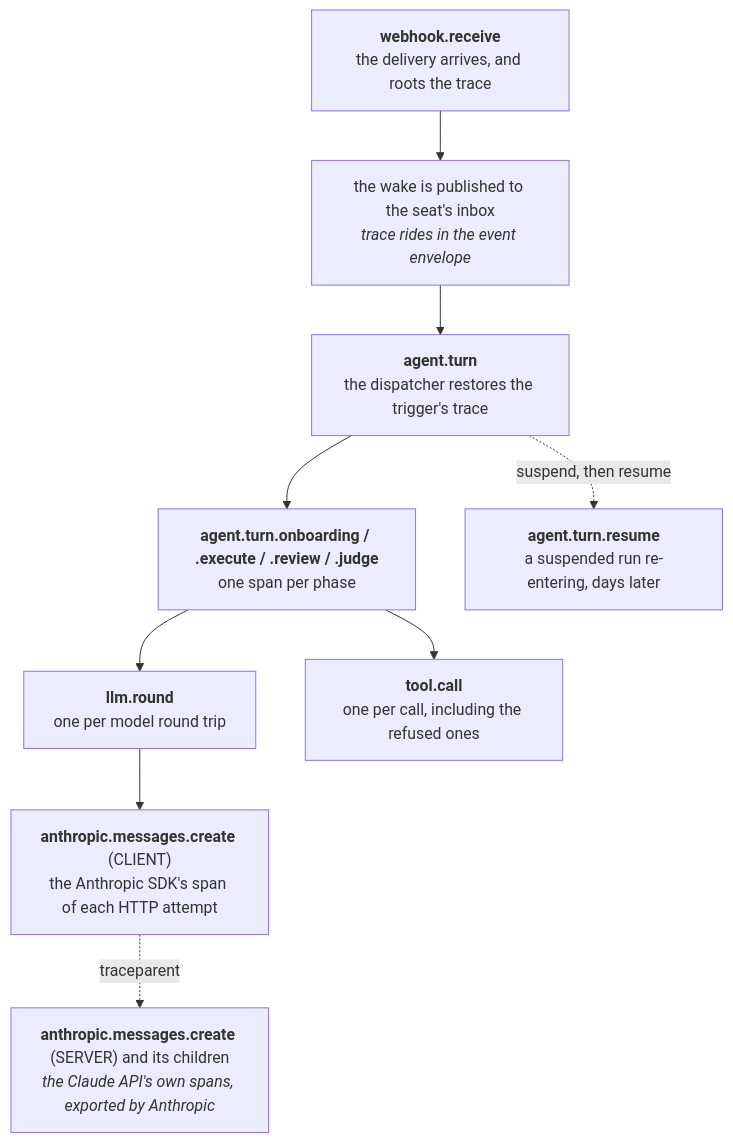
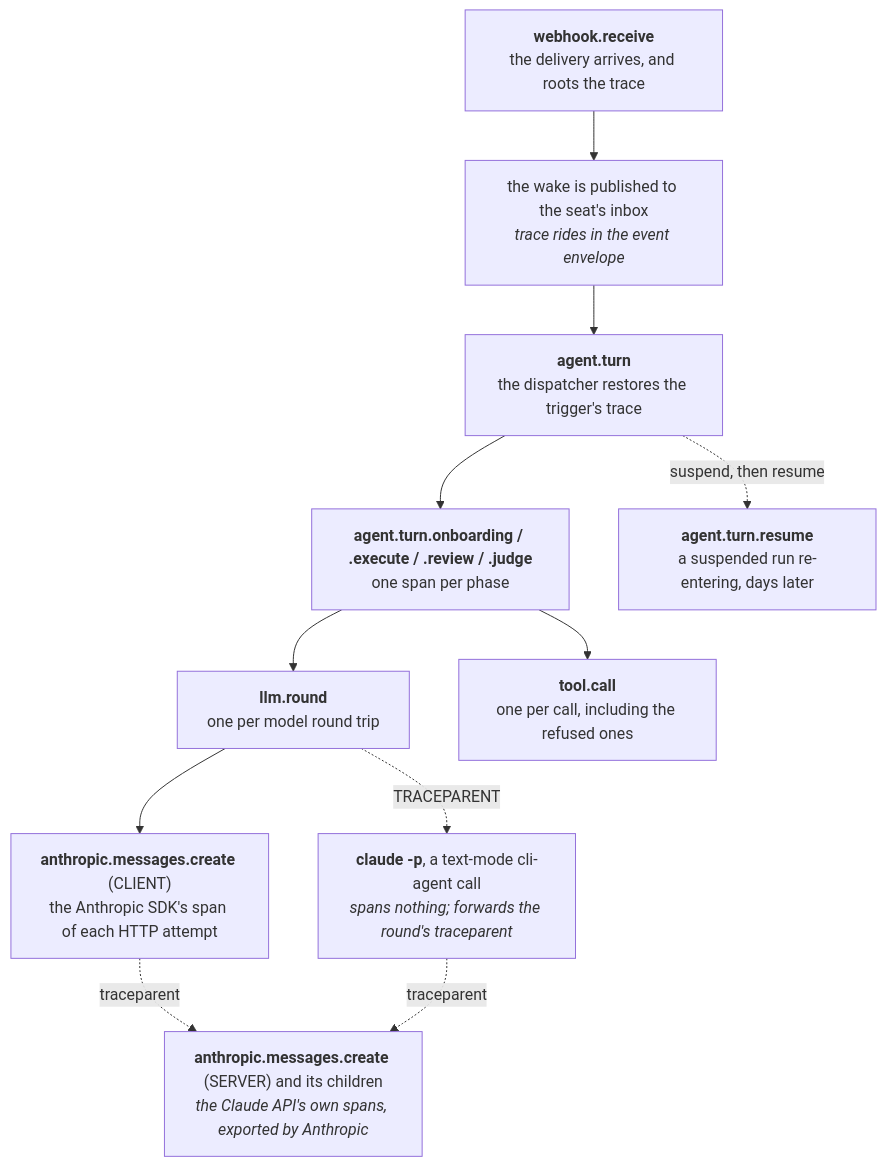
Before and after one commit to crewlet/crewlet: the diagram in docs/guides/deployment.md, drawn with Mermaid. The commit also changed other lines of this file and 20 other files, not shown here.

````diff
--- a/docs/guides/deployment.md
+++ b/docs/guides/deployment.md
@@ -1218,18 +1218,21 @@
 ```mermaid
 flowchart TD
     A["<b>webhook.receive</b><br/>the delivery arrives, and roots the trace"]
     B["the wake is published to the seat's inbox<br/><i>trace rides in the event envelope</i>"]
     C["<b>agent.turn</b><br/>the dispatcher restores the trigger's trace"]
     D["<b>agent.turn.onboarding / .execute / .review / .judge</b><br/>one span per phase"]
     E["<b>llm.round</b><br/>one per model round trip"]
     F["<b>tool.call</b><br/>one per call, including the refused ones"]
     G["<b>agent.turn.resume</b><br/>a suspended run re-entering, days later"]
     H["<b>anthropic.messages.create</b> (CLIENT)<br/>the Anthropic SDK's span of each HTTP attempt"]
+    J["<b>claude -p</b>, a text-mode cli-agent call<br/><i>spans nothing; forwards the round's traceparent</i>"]
     I["<b>anthropic.messages.create</b> (SERVER) and its children<br/><i>the Claude API's own spans, exported by Anthropic</i>"]
     A --> B --> C --> D
     D --> E
     D --> F
     E --> H
+    E -.->|"TRACEPARENT"| J
     H -.->|"traceparent"| I
+    J -.->|"traceparent"| I
     C -.->|"suspend, then resume"| G
 ```
````
